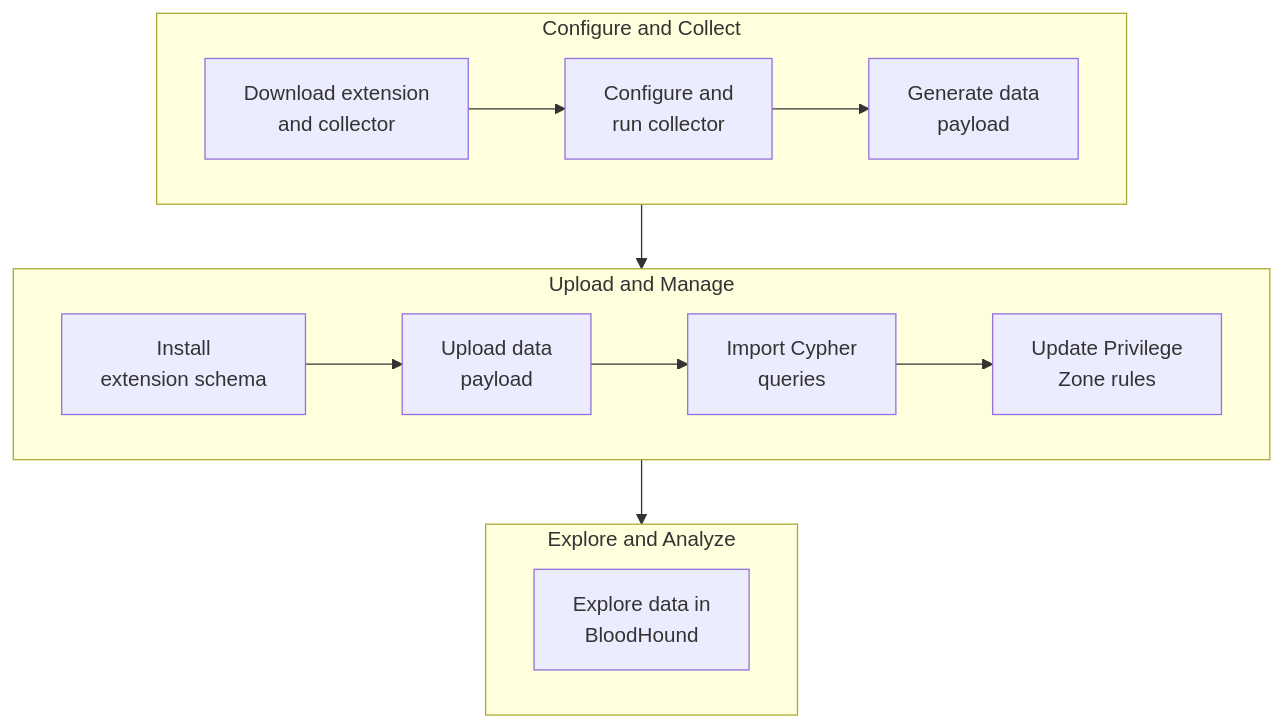
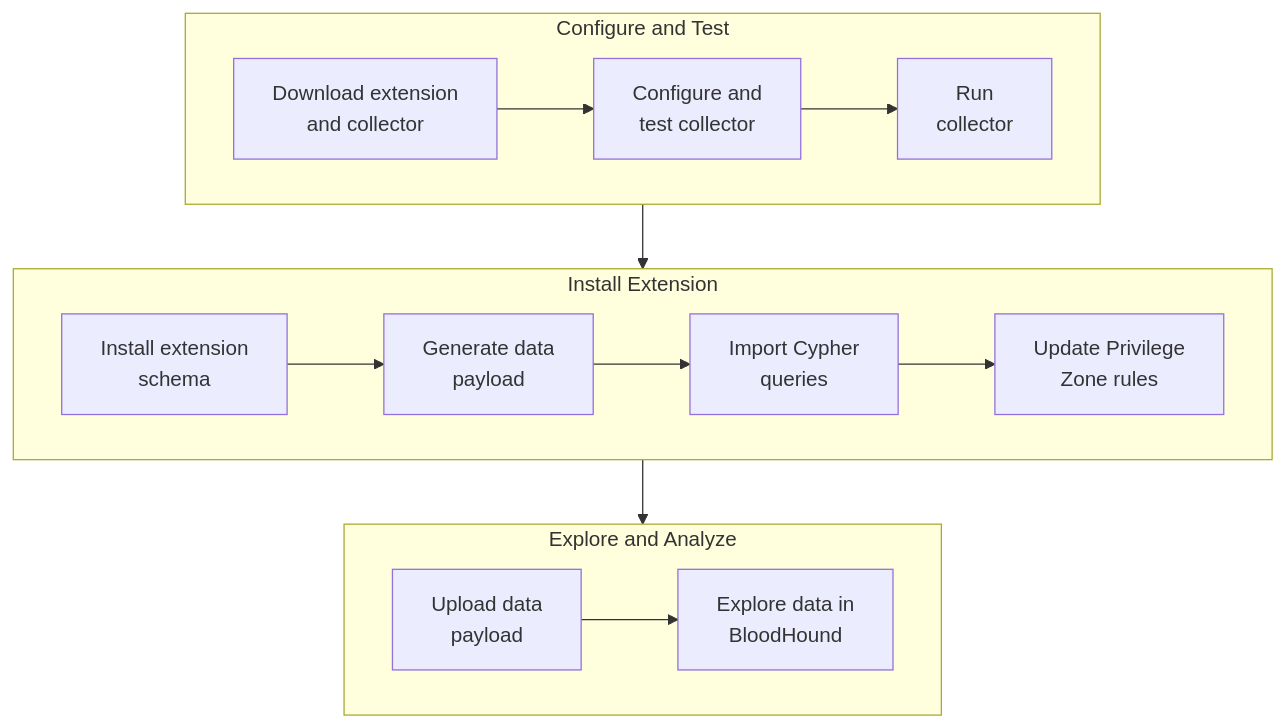
Before and after one commit to SpecterOps/bloodhound-docs: the diagram in docs/opengraph/extensions/manage.mdx, drawn with Mermaid. The commit also changed other lines of this file, not shown here.

Commit message:
wip: initial diagram revisions from meeting notes

````diff
--- a/docs/opengraph/extensions/manage.mdx
+++ b/docs/opengraph/extensions/manage.mdx
@@ -101,20 +101,21 @@
 ```mermaid
 flowchart TB
-	subgraph prepare[Configure and Collect]
+	subgraph prepare[Configure and Test]
 		a["Download extension<br/>and collector"]
-        a-->b["Configure and<br/>run collector"]
-        b-->c["Generate data<br/>payload"]
+        a-->b["Configure and<br/>test collector"]
+        b-->c["Run<br/>collector"]
     end
 
-	subgraph upload[Upload and Manage]
-		f["Install<br/>extension schema"]
-		f-->g["Upload data<br/>payload"]
+	subgraph upload[Install Extension]
+		f["Install extension<br/>schema"]
+		f-->g["Generate data<br/>payload"]
         g-->h["Import Cypher<br/>queries"]
 		h-->i["Update Privilege<br/>Zone rules"]
 	end
 
 	subgraph use[Explore and Analyze]
-		j["Explore data in<br/>BloodHound"]
+		j["Upload data <br/>payload"]
+		j-->k["Explore data in<br/>BloodHound"]
 	end
     prepare-->upload-->use
 ```
````
